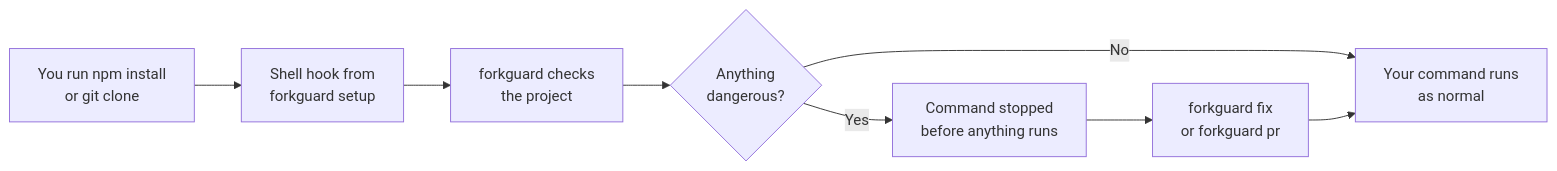
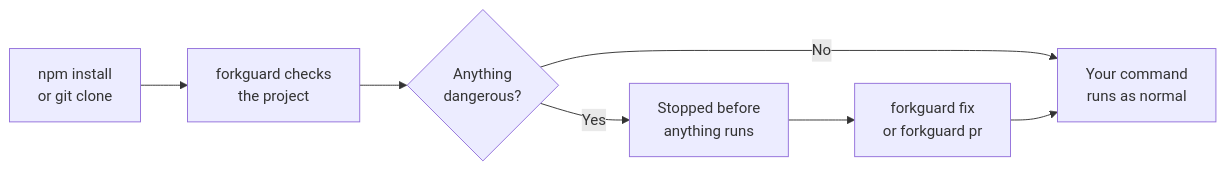
Before and after one commit to PRODHOSH/forkguard: the first of 3 diagrams in README.md, drawn with Mermaid. The commit also changed other lines of this file and 13 other files, not shown here.

````diff
--- a/README.md
+++ b/README.md
@@ -117,10 +132,9 @@
 ```mermaid
 flowchart LR
-    A["You run npm install<br/>or git clone"] --> B["Shell hook from<br/>forkguard setup"]
-    B --> C["forkguard checks<br/>the project"]
-    C --> D{"Anything<br/>dangerous?"}
-    D -- "No" --> E["Your command runs<br/>as normal"]
-    D -- "Yes" --> F["Command stopped<br/>before anything runs"]
-    F --> G["forkguard fix<br/>or forkguard pr"]
-    G --> E
+    A["npm install<br/>or git clone"] --> B["forkguard checks<br/>the project"]
+    B --> C{"Anything<br/>dangerous?"}
+    C -- "No" --> D["Your command<br/>runs as normal"]
+    C -- "Yes" --> E["Stopped before<br/>anything runs"]
+    E --> F["forkguard fix<br/>or forkguard pr"]
+    F --> D
 ```
````
